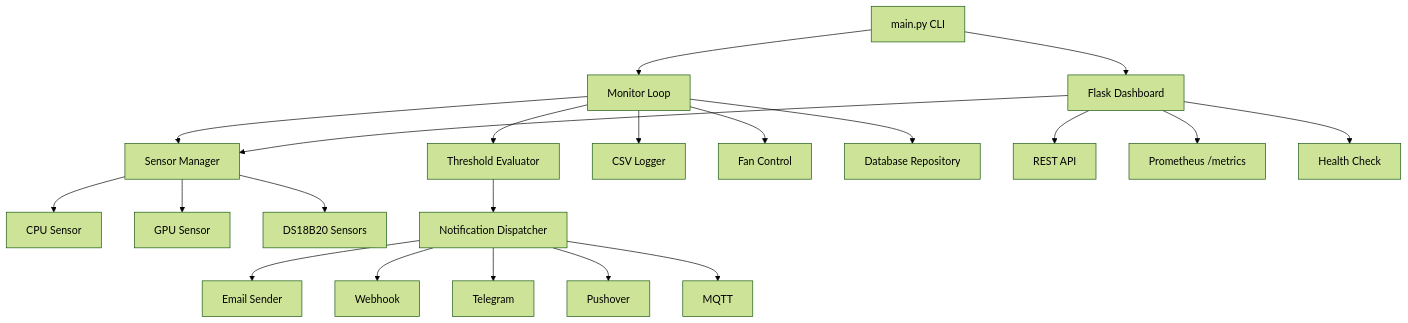
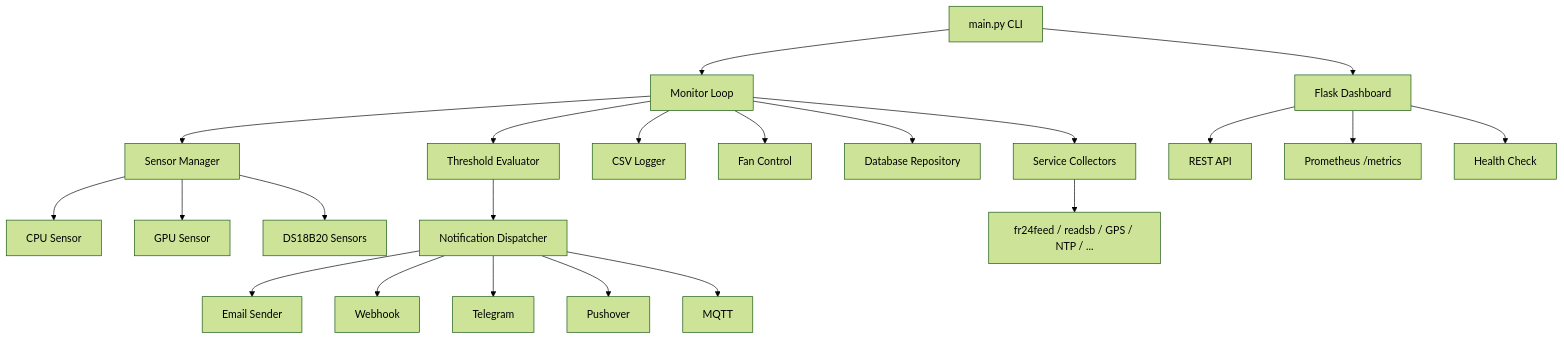
The first of 4 diagrams in README.md (disappointingsupernova/pimon), drawn with Mermaid (forest theme) before and after one commit. The commit also changed other lines of this file, not shown here.

````diff
--- a/README.md
+++ b/README.md
@@ -35,23 +40,24 @@
 ```mermaid
 graph TD
     A[main.py CLI] --> B[Monitor Loop]
     B --> C[Sensor Manager]
     C --> D[CPU Sensor]
     C --> E[GPU Sensor]
     C --> F[DS18B20 Sensors]
     B --> G[Threshold Evaluator]
     G --> H[Notification Dispatcher]
     H --> I[Email Sender]
     H --> J[Webhook]
     H --> K[Telegram]
     H --> L[Pushover]
     H --> M[MQTT]
     B --> N[CSV Logger]
     B --> O[Fan Control]
     B --> P[Database Repository]
+    B --> U[Service Collectors]
+    U --> V[fr24feed / readsb / GPS / NTP / ...]
     A --> Q[Flask Dashboard]
-    Q --> C
     Q --> R[REST API]
     Q --> S[Prometheus /metrics]
     Q --> T[Health Check]
 ```
````
